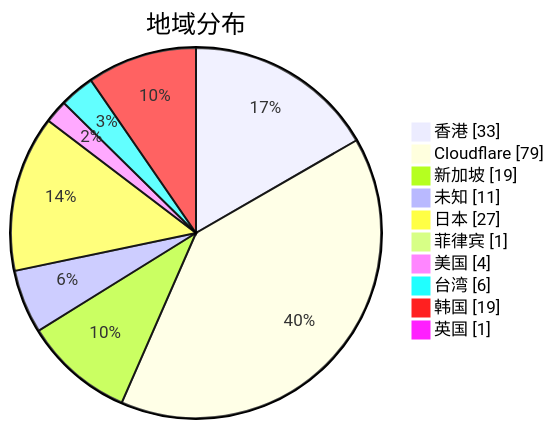
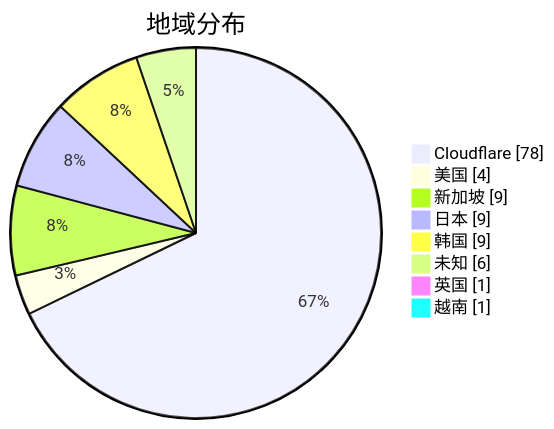
The second of 3 diagrams in subs/statistics/tested_within.md (qjlxg/airport), drawn with Mermaid before and after one commit. The commit also changed other lines of this file and 2 other files, not shown here.

````diff
--- a/subs/statistics/tested_within.md
+++ b/subs/statistics/tested_within.md
@@ -12,14 +11,12 @@
 ```mermaid
 pie showData
 title 地域分布
-"香港" : 33
-"Cloudflare" : 79
-"新加坡" : 19
-"未知" : 11
-"日本" : 27
-"菲律宾" : 1
+"Cloudflare" : 78
 "美国" : 4
-"台湾" : 6
-"韩国" : 19
+"新加坡" : 9
+"日本" : 9
+"韩国" : 9
+"未知" : 6
 "英国" : 1
+"越南" : 1
 ```
````
